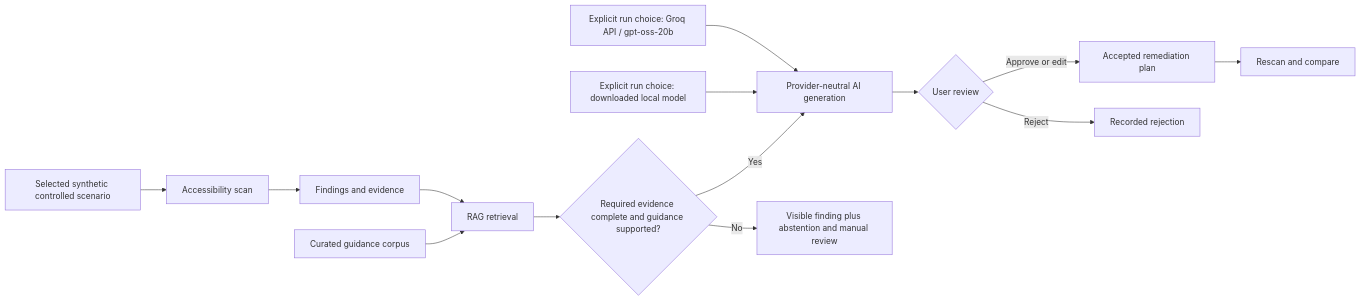
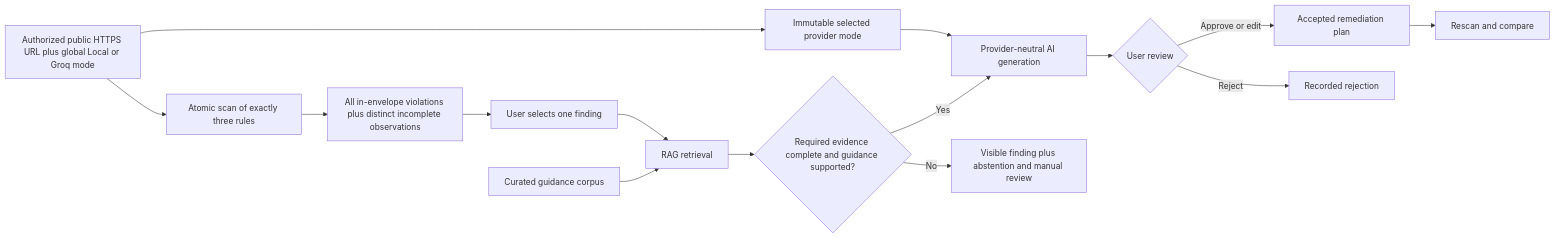
One commit to mmjosedaniel/a11y-evidence-lab changed the diagram in docs/PROJECT_CONCEPT.md. Above: the diagram before and after it, drawn with Mermaid. The commit also changed other lines of this file and 43 other files, not shown here.

Commit message:
docs: define authorized public-page scan boundary

````diff
--- a/docs/PROJECT_CONCEPT.md
+++ b/docs/PROJECT_CONCEPT.md
@@ -19,16 +19,17 @@
 ```mermaid
 flowchart LR
-    A[Selected synthetic controlled scenario] --> B[Accessibility scan]
-    B --> C[Findings and evidence]
+    A[Authorized public HTTPS URL plus global Local or Groq mode] --> B[Atomic scan of exactly three rules]
+    B --> C[All in-envelope violations plus distinct incomplete observations]
+    C --> O[User selects one finding]
     D[Curated guidance corpus] --> E[RAG retrieval]
-    C --> E
+    O --> E
     E --> M{Required evidence complete and guidance supported?}
     M -->|Yes| F[Provider-neutral AI generation]
     M -->|No| N[Visible finding plus abstention and manual review]
-    K[Explicit run choice: downloaded local model] --> F
-    L[Explicit run choice: Groq API / gpt-oss-20b] --> F
+    A --> P[Immutable selected provider mode]
+    P --> F
     F --> G{User review}
     G -->|Approve or edit| H[Accepted remediation plan]
     G -->|Reject| I[Recorded rejection]
     H --> J[Rescan and compare]
 ```
````
